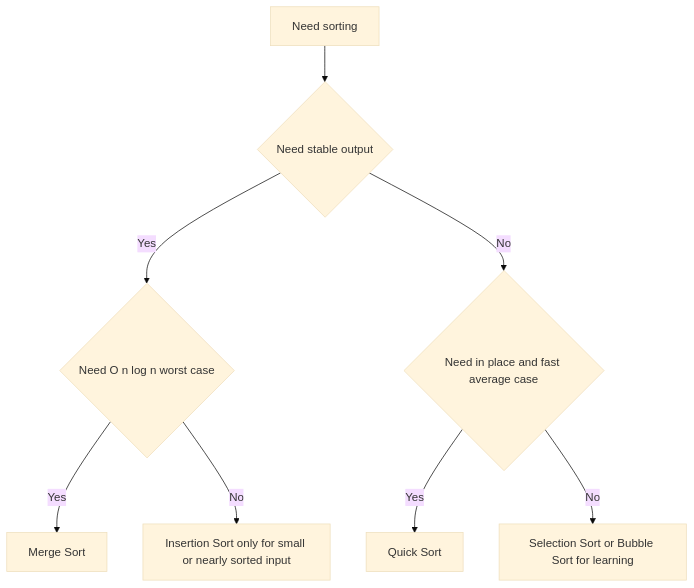
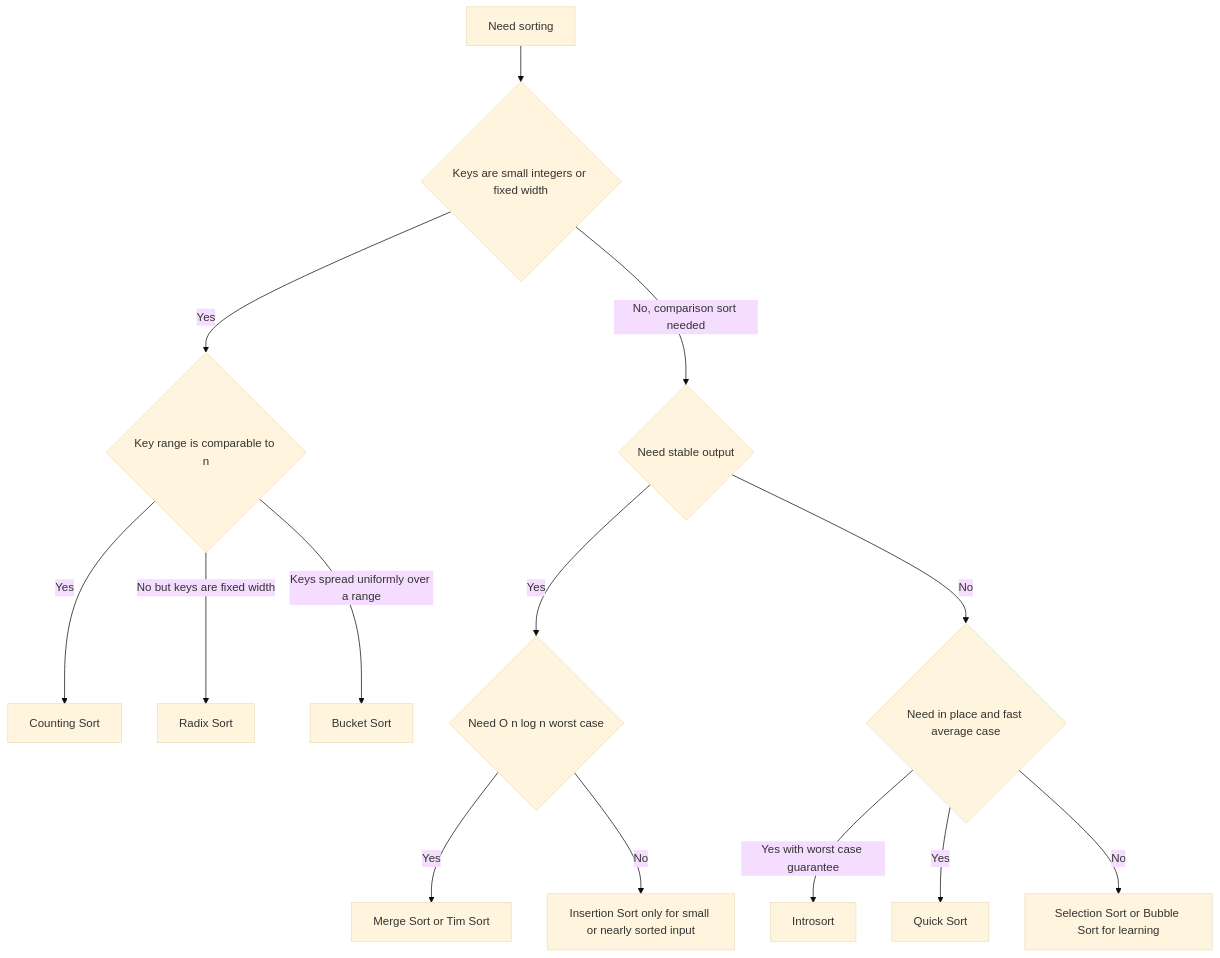
Before and after one commit to grafanaKibana/devbook.zip: the diagram in Vault/Home/Computer Science/Algorithms/Sorting Algorithms/Sorting Algorithms.md, drawn with Mermaid (base theme). The commit also changed other lines of this file and 35 other files, not shown here.

````diff
--- a/Vault/Home/Computer Science/Algorithms/Sorting Algorithms/Sorting Algorithms.md
+++ b/Vault/Home/Computer Science/Algorithms/Sorting Algorithms/Sorting Algorithms.md
@@ -21,10 +21,16 @@
 ```mermaid
 flowchart TD
-  A[Need sorting] --> B{Need stable output}
-  B -->|Yes| C{Need O n log n worst case}
-  C -->|Yes| D[Merge Sort]
-  C -->|No| E[Insertion Sort only for small or nearly sorted input]
-  B -->|No| F{Need in place and fast average case}
-  F -->|Yes| G[Quick Sort]
-  F -->|No| H[Selection Sort or Bubble Sort for learning]
+  A[Need sorting] --> B{Keys are small integers or fixed width}
+  B -->|Yes| B1{Key range is comparable to n}
+  B1 -->|Yes| B2[Counting Sort]
+  B1 -->|No but keys are fixed width| B3[Radix Sort]
+  B1 -->|Keys spread uniformly over a range| B4[Bucket Sort]
+  B -->|No, comparison sort needed| C{Need stable output}
+  C -->|Yes| D{Need O n log n worst case}
+  D -->|Yes| E[Merge Sort or Tim Sort]
+  D -->|No| F[Insertion Sort only for small or nearly sorted input]
+  C -->|No| G{Need in place and fast average case}
+  G -->|Yes with worst case guarantee| H[Introsort]
+  G -->|Yes| I[Quick Sort]
+  G -->|No| J[Selection Sort or Bubble Sort for learning]
 ```
````
